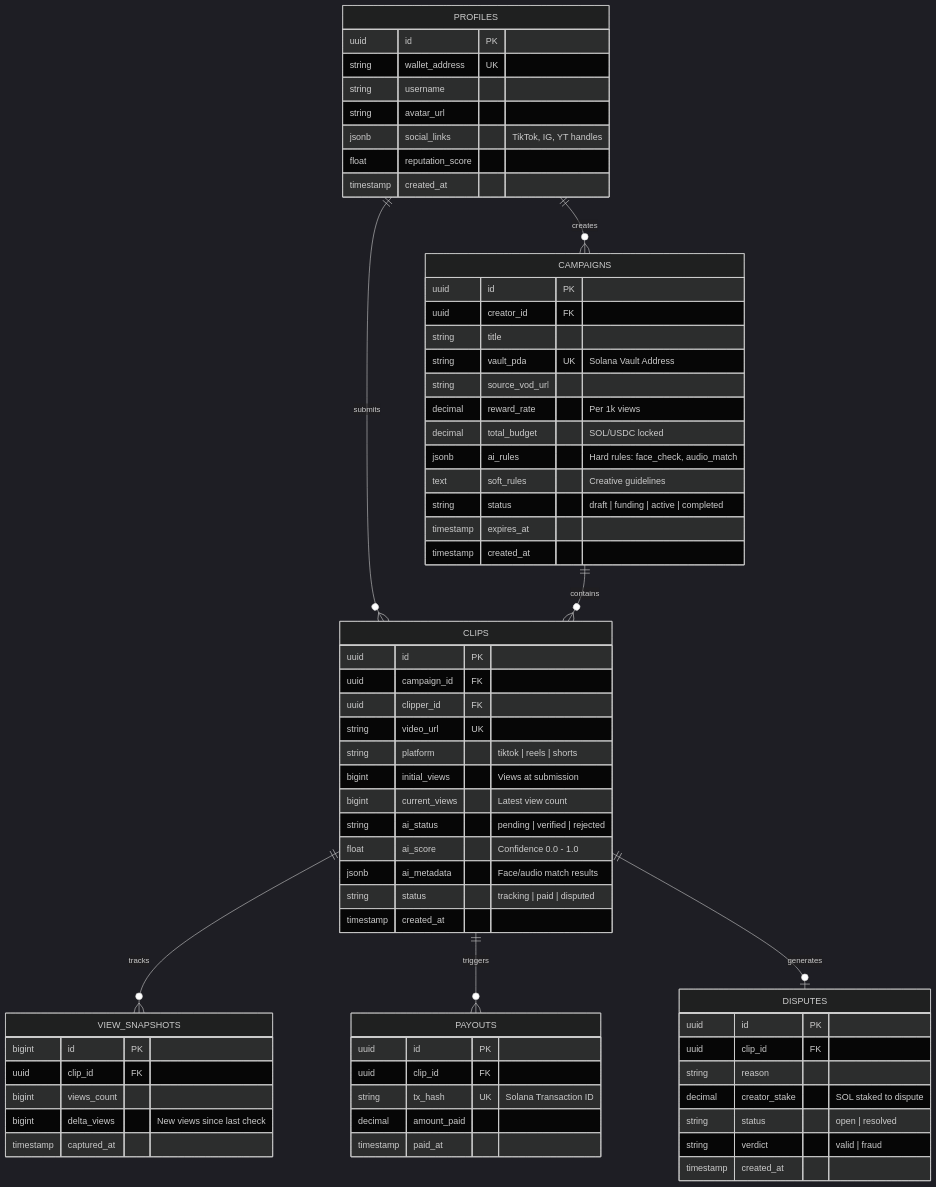
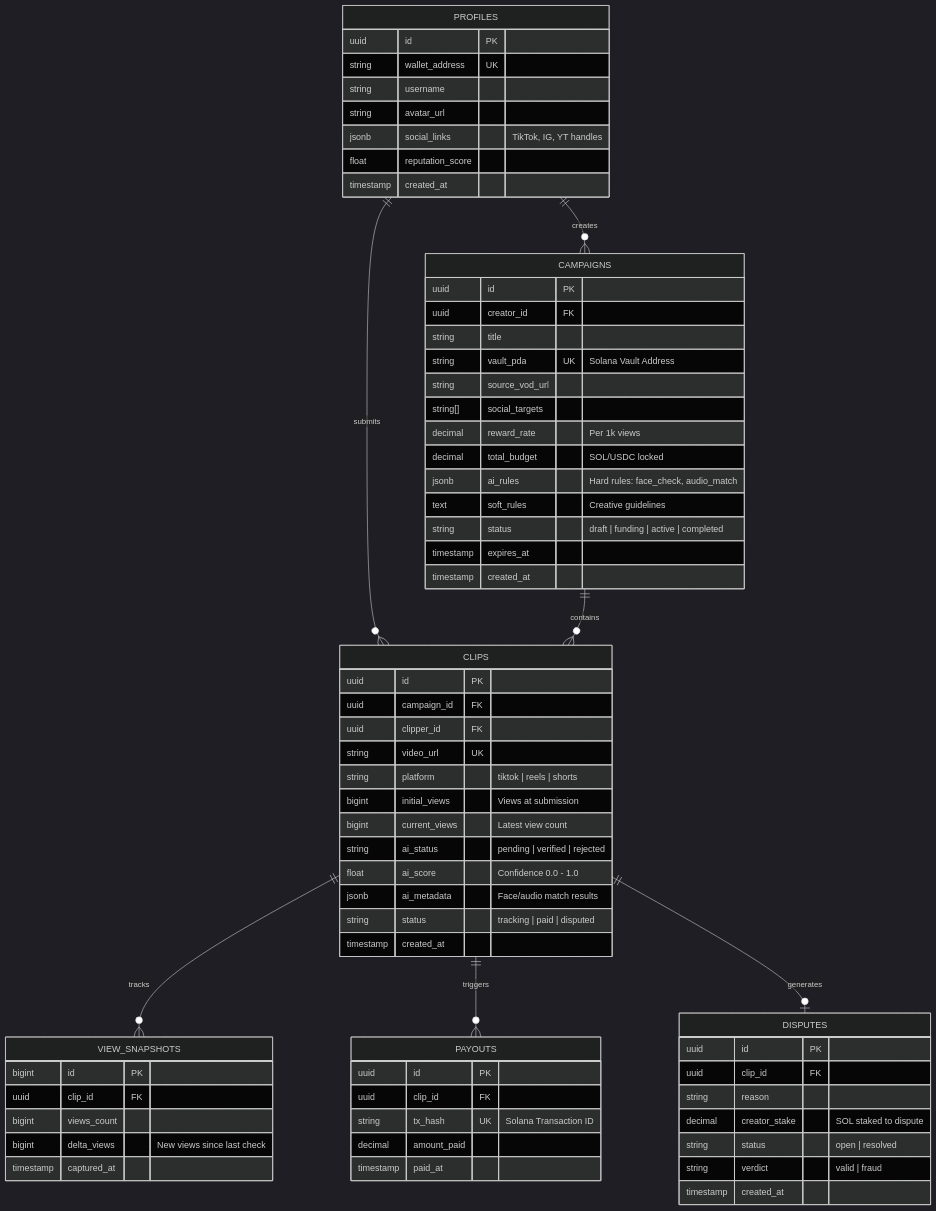
Before and after one commit to yrooo/kernapp: the diagram in context/ERD.md, drawn with Mermaid (dark theme). The commit also changed 17 other files, not shown here.

First line of the commit message:
feat: add social_targets to campaigns and update scraper for stable view counts

````diff
--- a/context/ERD.md
+++ b/context/ERD.md
@@ -5,76 +5,77 @@
 ```mermaid
 erDiagram
     PROFILES ||--o{ CAMPAIGNS : creates
     PROFILES ||--o{ CLIPS : submits
     CAMPAIGNS ||--o{ CLIPS : contains
     CLIPS ||--o{ VIEW_SNAPSHOTS : tracks
     CLIPS ||--o{ PAYOUTS : triggers
     CLIPS ||--o| DISPUTES : generates
 
     PROFILES {
         uuid id PK
         string wallet_address UK
         string username
         string avatar_url
         jsonb social_links "TikTok, IG, YT handles"
         float reputation_score
         timestamp created_at
     }
 
     CAMPAIGNS {
         uuid id PK
         uuid creator_id FK
         string title
         string vault_pda UK "Solana Vault Address"
         string source_vod_url
+        string[] social_targets
         decimal reward_rate "Per 1k views"
         decimal total_budget "SOL/USDC locked"
         jsonb ai_rules "Hard rules: face_check, audio_match"
         text soft_rules "Creative guidelines"
         string status "draft | funding | active | completed"
         timestamp expires_at
         timestamp created_at
     }
 
     CLIPS {
         uuid id PK
         uuid campaign_id FK
         uuid clipper_id FK
         string video_url UK
         string platform "tiktok | reels | shorts"
         bigint initial_views "Views at submission"
         bigint current_views "Latest view count"
         string ai_status "pending | verified | rejected"
         float ai_score "Confidence 0.0 - 1.0"
         jsonb ai_metadata "Face/audio match results"
         string status "tracking | paid | disputed"
         timestamp created_at
     }
 
     VIEW_SNAPSHOTS {
         bigint id PK
         uuid clip_id FK
         bigint views_count
         bigint delta_views "New views since last check"
         timestamp captured_at
     }
 
     PAYOUTS {
         uuid id PK
         uuid clip_id FK
         string tx_hash UK "Solana Transaction ID"
         decimal amount_paid
         timestamp paid_at
     }
 
     DISPUTES {
         uuid id PK
         uuid clip_id FK
         string reason
         decimal creator_stake "SOL staked to dispute"
         string status "open | resolved"
         string verdict "valid | fraud"
         timestamp created_at
     }
 
 ```
````
